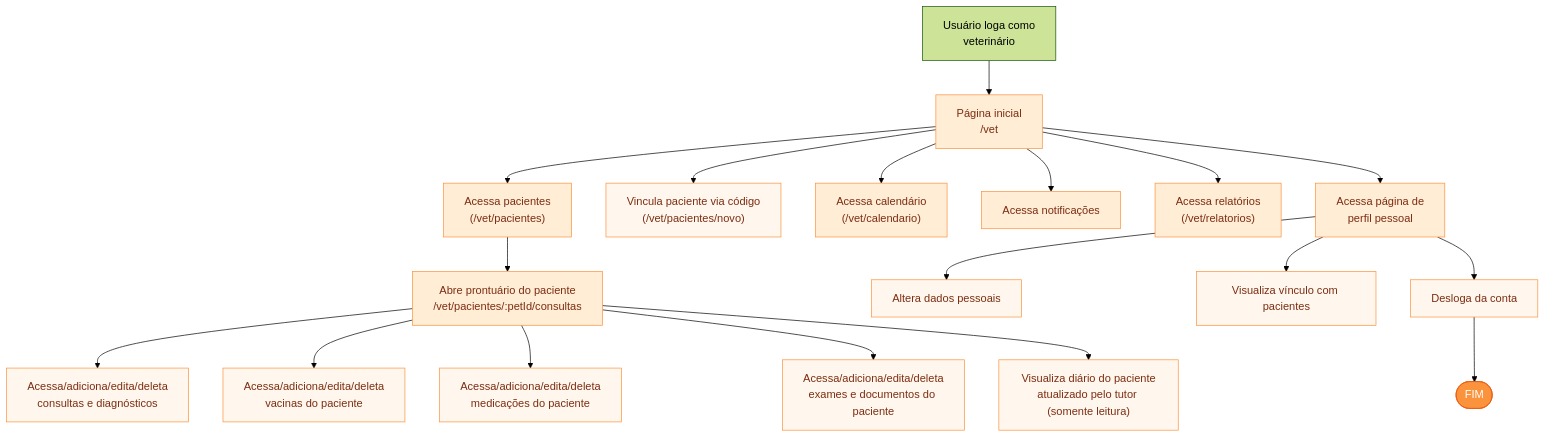
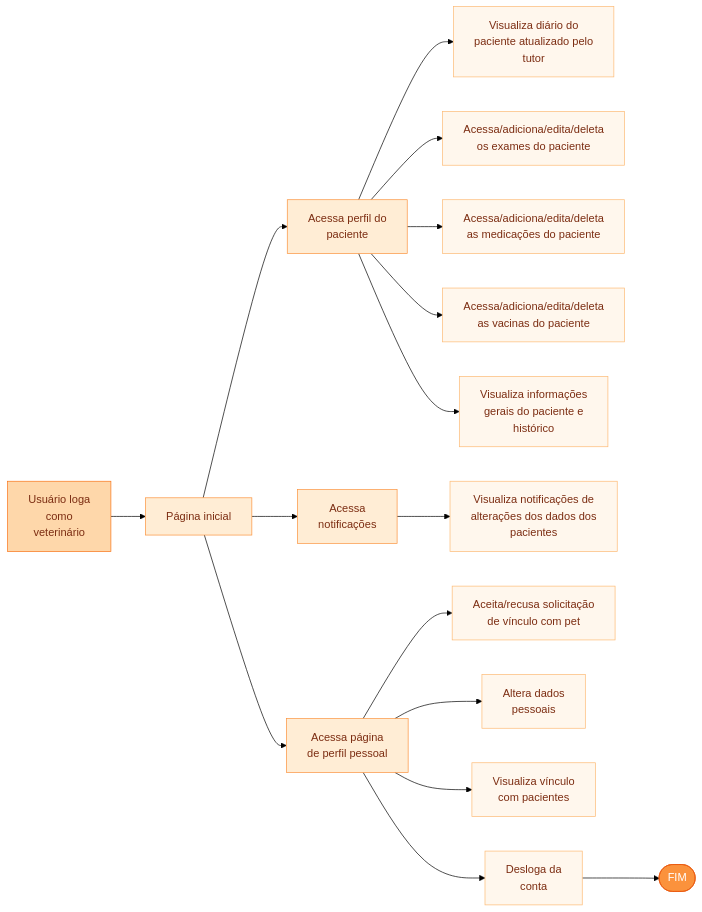
The third of 4 diagrams in docs-frontend-web-fluxo-wireframes.md (LaraPaulaSilva/petlife2copia), drawn with Mermaid (forest theme) before and after one commit. The commit also changed other lines of this file, not shown here.

Commit message:
docs: ajusta fluxograma para o padrão visual do grupo (3 blocos: login/tutor/vet)

````diff
--- a/docs-frontend-web-fluxo-wireframes.md
+++ b/docs-frontend-web-fluxo-wireframes.md
@@ -93,31 +111,30 @@
 ```mermaid
-flowchart TD
-    logaVet["Usuário loga como<br/>veterinário"] --> inicioV["Página inicial<br/>/vet"]
+flowchart LR
+    logaVet["Usuário loga<br/>como<br/>veterinário"] --> inicioV["Página inicial"]
 
-    inicioV --> pacientes["Acessa pacientes<br/>(/vet/pacientes)"]
-    inicioV --> novoPac["Vincula paciente via código<br/>(/vet/pacientes/novo)"]
-    inicioV --> calendarioV["Acessa calendário<br/>(/vet/calendario)"]
-    inicioV --> notifV["Acessa notificações"]
-    inicioV --> relatorios["Acessa relatórios<br/>(/vet/relatorios)"]
-    inicioV --> perfilV["Acessa página de<br/>perfil pessoal"]
+    inicioV --> pv1["Acessa perfil do<br/>paciente"]
+    pv1 --> av1["Visualiza diário do<br/>paciente atualizado pelo<br/>tutor"]
+    pv1 --> av2["Acessa/adiciona/edita/deleta<br/>os exames do paciente"]
+    pv1 --> av3["Acessa/adiciona/edita/deleta<br/>as medicações do paciente"]
+    pv1 --> av4["Acessa/adiciona/edita/deleta<br/>as vacinas do paciente"]
+    pv1 --> av5["Visualiza informações<br/>gerais do paciente e<br/>histórico"]
 
-    pacientes --> prontuarioV["Abre prontuário do paciente<br/>/vet/pacientes/:petId/consultas"]
+    inicioV --> pv2["Acessa<br/>notificações"]
+    pv2 --> av6["Visualiza notificações de<br/>alterações dos dados dos<br/>pacientes"]
 
-    prontuarioV --> consultasV["Acessa/adiciona/edita/deleta<br/>consultas e diagnósticos"]
-    prontuarioV --> vacinasV["Acessa/adiciona/edita/deleta<br/>vacinas do paciente"]
-    prontuarioV --> medsV["Acessa/adiciona/edita/deleta<br/>medicações do paciente"]
-    prontuarioV --> examesV["Acessa/adiciona/edita/deleta<br/>exames e documentos do paciente"]
-    prontuarioV --> diarioV["Visualiza diário do paciente<br/>atualizado pelo tutor (somente leitura)"]
-
-    perfilV --> dadosV["Altera dados pessoais"]
-    perfilV --> vinculoV["Visualiza vínculo com pacientes"]
-    perfilV --> logoutV["Desloga da conta"]
-    logoutV --> fimV(["FIM"])
+    inicioV --> pv3["Acessa página<br/>de perfil pessoal"]
+    pv3 --> av7["Aceita/recusa solicitação<br/>de vínculo com pet"]
+    pv3 --> altera["Altera dados<br/>pessoais"]
+    pv3 --> vinculo["Visualiza vínculo<br/>com pacientes"]
+    pv3 --> deslogaV["Desloga da<br/>conta"]
+    deslogaV --> fimV(["FIM"])
 
     classDef vet fill:#ffedd5,stroke:#fb923c,color:#7c2d12;
-    classDef acaoV fill:#fff7ed,stroke:#fb923c,color:#7c2d12;
+    classDef acaoV fill:#fff7ed,stroke:#fdba74,color:#7c2d12;
+    classDef logV fill:#fed7aa,stroke:#f97316,color:#7c2d12;
     classDef inicioFimV fill:#fb923c,stroke:#ea580c,color:#ffffff;
-    class inicioV,pacientes,calendarioV,notifV,relatorios,perfilV,prontuarioV vet;
-    class novoPac,consultasV,vacinasV,medsV,examesV,diarioV,dadosV,vinculoV,logoutV acaoV;
+    class inicioV,pv1,pv2,pv3 vet;
+    class av1,av2,av3,av4,av5,av6,av7,altera,vinculo,deslogaV acaoV;
+    class logaVet logV;
     class fimV inicioFimV;
 ```
````
